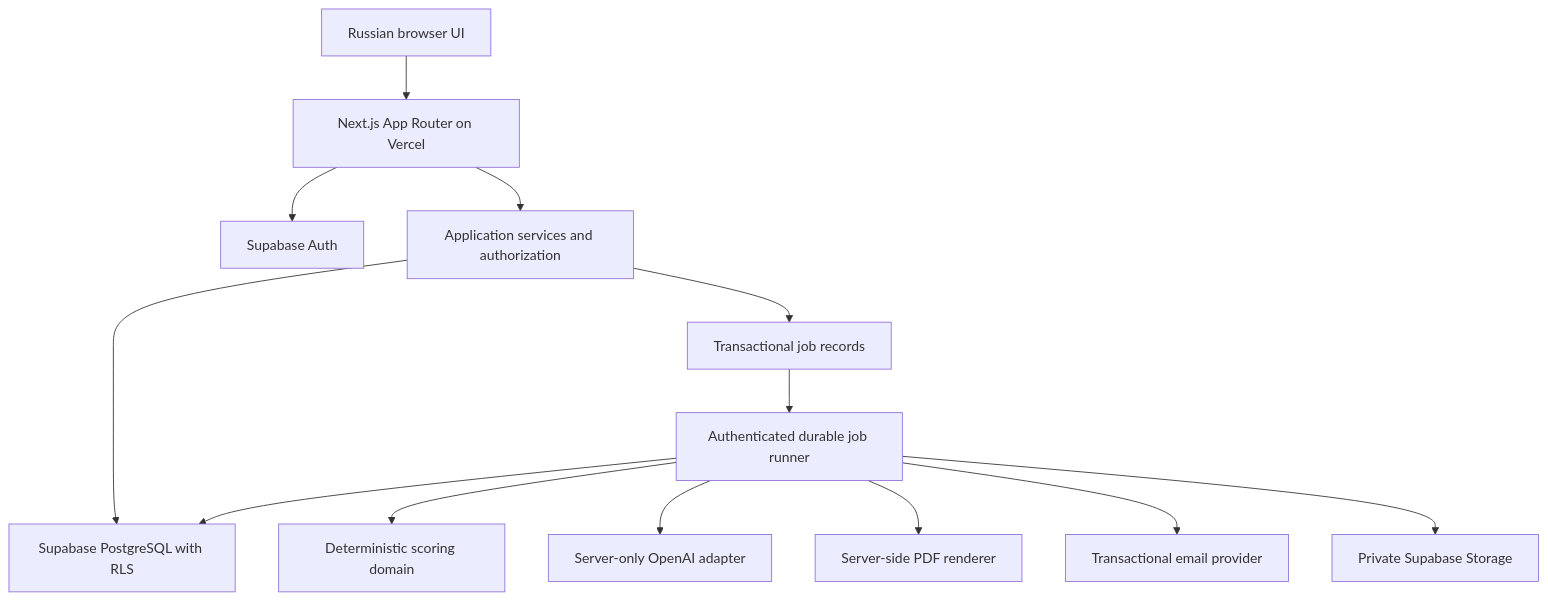
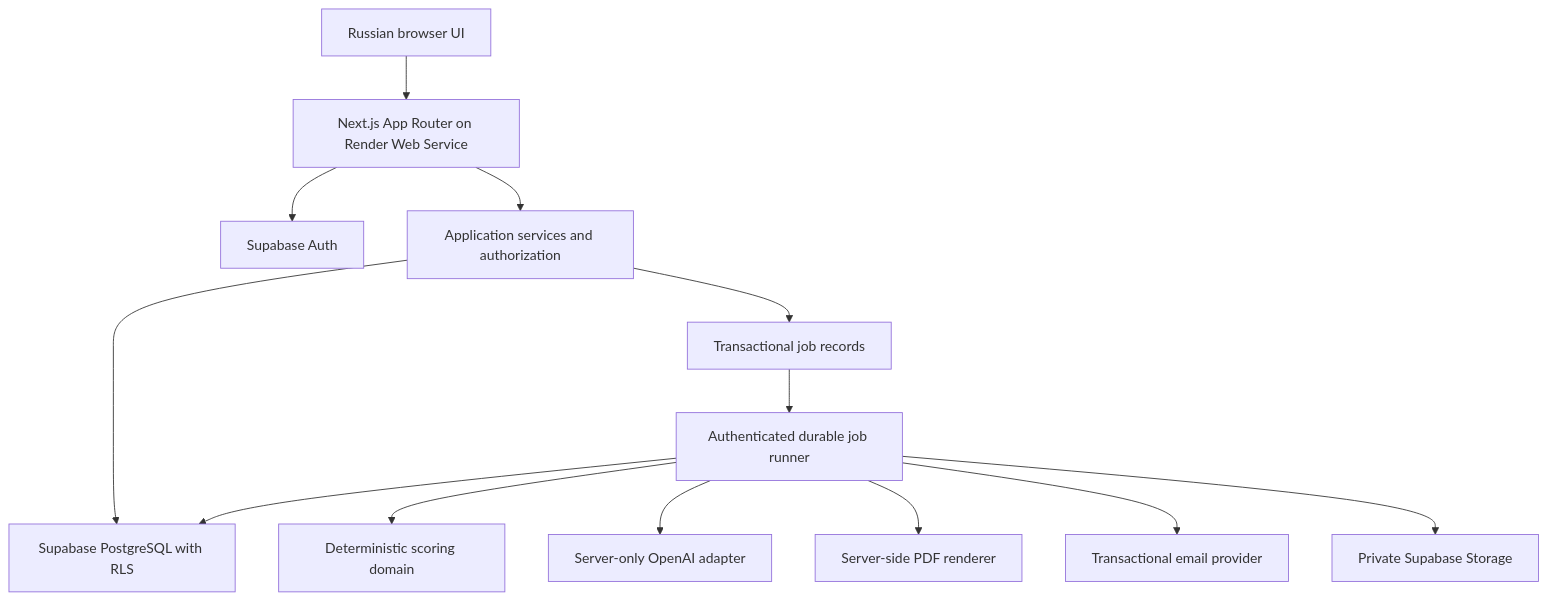
The first of 2 diagrams in ARCHITECTURE.md (afkochnev/ai-diagnostic-ru), drawn with Mermaid before and after one commit. The commit also changed other lines of this file and 164 other files, not shown here.

````diff
--- a/ARCHITECTURE.md
+++ b/ARCHITECTURE.md
@@ -20,15 +20,15 @@
 ```mermaid
 flowchart TD
-    Browser[Russian browser UI] --> Web[Next.js App Router on Vercel]
+    Browser[Russian browser UI] --> Web[Next.js App Router on Render Web Service]
     Web --> Auth[Supabase Auth]
     Web --> Services[Application services and authorization]
     Services --> DB[Supabase PostgreSQL with RLS]
     Services --> Jobs[Transactional job records]
     Jobs --> Worker[Authenticated durable job runner]
     Worker --> Scoring[Deterministic scoring domain]
     Worker --> AI[Server-only OpenAI adapter]
     Worker --> PDF[Server-side PDF renderer]
     Worker --> Mail[Transactional email provider]
     Worker --> DB
     Worker --> Storage[Private Supabase Storage]
 ```
````
